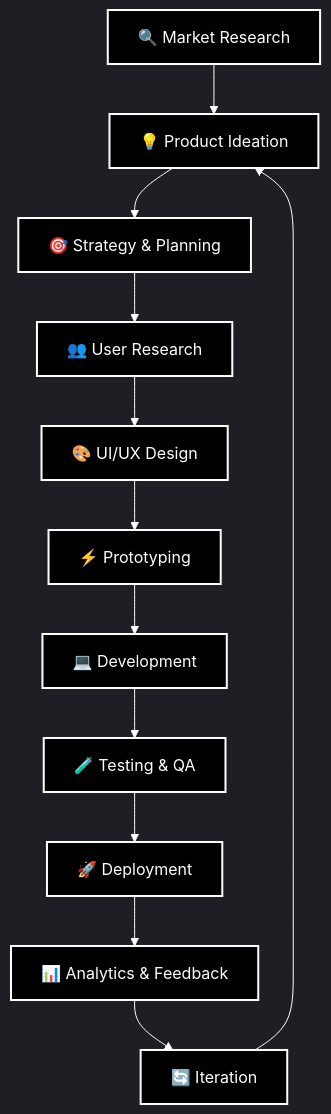
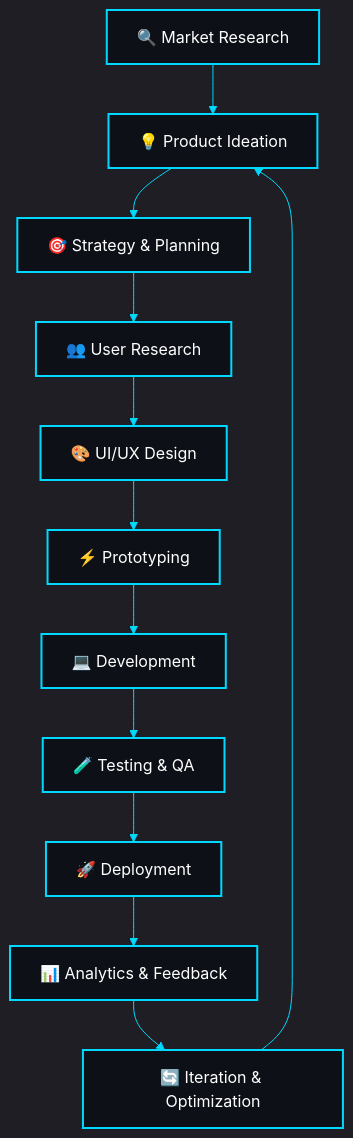
The diagram in README.md (ayushahire565/ayushahire565), drawn with Mermaid before and after one commit. The commit also changed other lines of this file, not shown here.

````diff
--- a/README.md
+++ b/README.md
@@ -174,28 +178,28 @@
 ```mermaid
-%%{init: {'theme':'dark', 'themeVariables': {'primaryColor': '#ffffff', 'primaryTextColor': '#000000', 'primaryBorderColor': '#ffffff', 'lineColor': '#ffffff', 'sectionBkgColor': '#000000', 'altSectionBkgColor': '#000000', 'gridColor': '#ffffff', 'tertiaryColor': '#000000', 'background': '#000000', 'mainBkg': '#000000', 'secondBkg': '#000000'}}}%%
+%%{init: {'theme':'dark', 'themeVariables': {'primaryColor': '#00d9ff', 'primaryTextColor': '#ffffff', 'primaryBorderColor': '#00d9ff', 'lineColor': '#00d9ff', 'sectionBkgColor': '#0d1117', 'altSectionBkgColor': '#161b22', 'gridColor': '#30363d', 'tertiaryColor': '#0d1117', 'background': '#0d1117', 'mainBkg': '#0d1117', 'secondBkg': '#161b22'}}}%%
 
 flowchart TD
     A[🔍 Market Research] --> B[💡 Product Ideation]
     B --> C[🎯 Strategy & Planning]
     C --> D[👥 User Research]
     D --> E[🎨 UI/UX Design]
     E --> F[⚡ Prototyping]
     F --> G[💻 Development]
     G --> H[🧪 Testing & QA]
     H --> I[🚀 Deployment]
     I --> J[📊 Analytics & Feedback]
-    J --> K[🔄 Iteration]
+    J --> K[🔄 Iteration & Optimization]
     K --> B
     
-    style A fill:#000000,stroke:#ffffff,stroke-width:2px,color:#ffffff
-    style B fill:#000000,stroke:#ffffff,stroke-width:2px,color:#ffffff
-    style C fill:#000000,stroke:#ffffff,stroke-width:2px,color:#ffffff
-    style D fill:#000000,stroke:#ffffff,stroke-width:2px,color:#ffffff
-    style E fill:#000000,stroke:#ffffff,stroke-width:2px,color:#ffffff
-    style F fill:#000000,stroke:#ffffff,stroke-width:2px,color:#ffffff
-    style G fill:#000000,stroke:#ffffff,stroke-width:2px,color:#ffffff
-    style H fill:#000000,stroke:#ffffff,stroke-width:2px,color:#ffffff
-    style I fill:#000000,stroke:#ffffff,stroke-width:2px,color:#ffffff
-    style J fill:#000000,stroke:#ffffff,stroke-width:2px,color:#ffffff
-    style K fill:#000000,stroke:#ffffff,stroke-width:2px,color:#ffffff
+    style A fill:#0d1117,stroke:#00d9ff,stroke-width:2px,color:#ffffff
+    style B fill:#0d1117,stroke:#00d9ff,stroke-width:2px,color:#ffffff
+    style C fill:#0d1117,stroke:#00d9ff,stroke-width:2px,color:#ffffff
+    style D fill:#0d1117,stroke:#00d9ff,stroke-width:2px,color:#ffffff
+    style E fill:#0d1117,stroke:#00d9ff,stroke-width:2px,color:#ffffff
+    style F fill:#0d1117,stroke:#00d9ff,stroke-width:2px,color:#ffffff
+    style G fill:#0d1117,stroke:#00d9ff,stroke-width:2px,color:#ffffff
+    style H fill:#0d1117,stroke:#00d9ff,stroke-width:2px,color:#ffffff
+    style I fill:#0d1117,stroke:#00d9ff,stroke-width:2px,color:#ffffff
+    style J fill:#0d1117,stroke:#00d9ff,stroke-width:2px,color:#ffffff
+    style K fill:#0d1117,stroke:#00d9ff,stroke-width:2px,color:#ffffff
 ```
````
